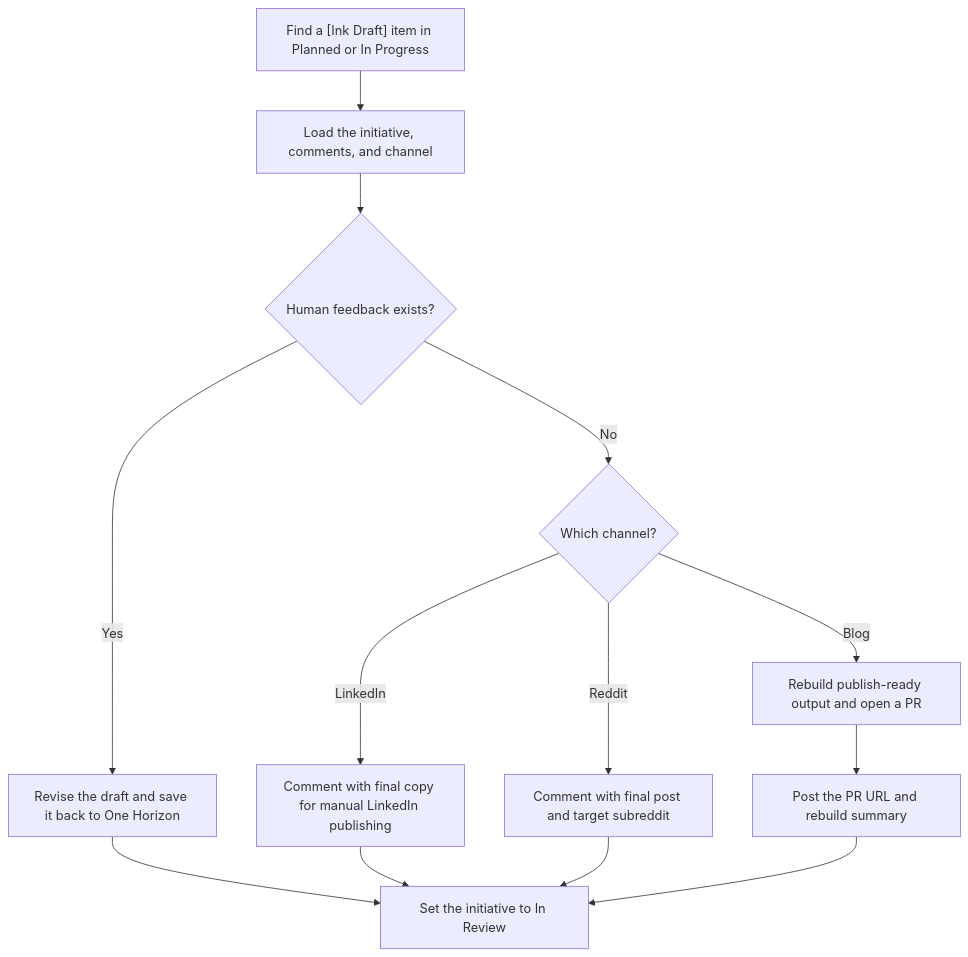
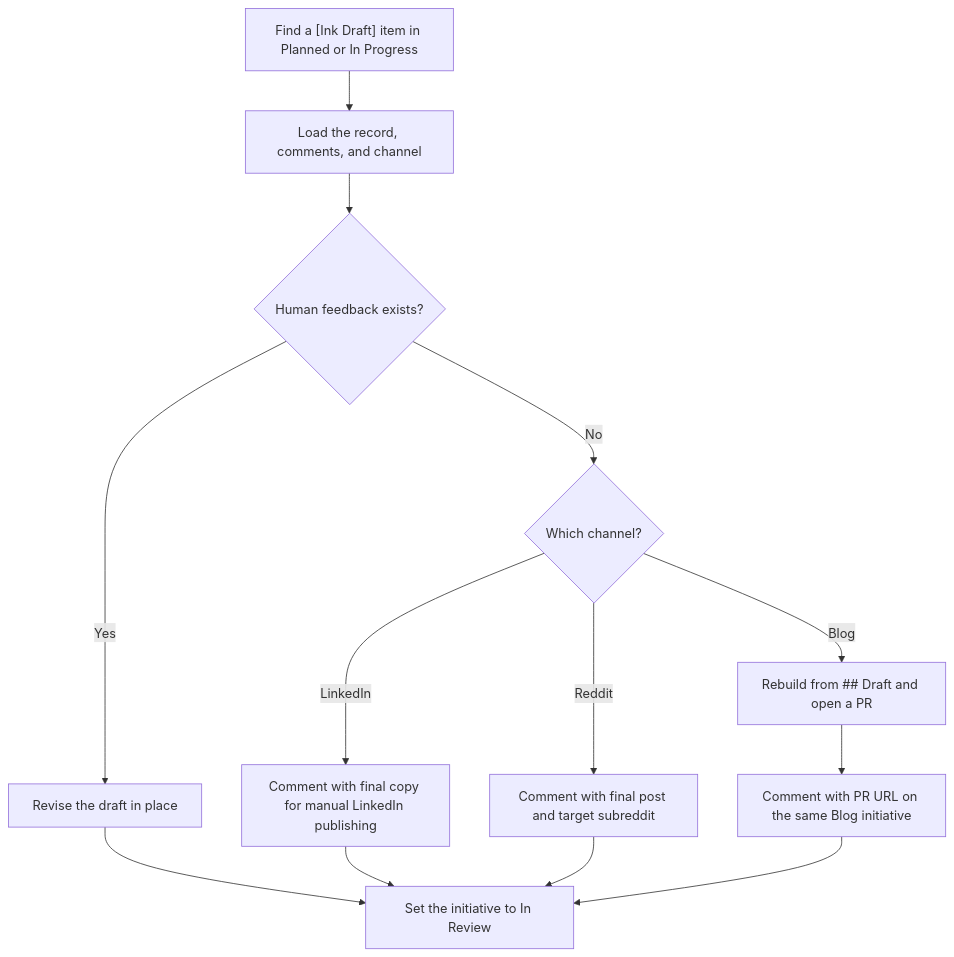
One commit to onehorizonai/ink changed the fourth of 4 diagrams in README.md. Above: the diagram before and after it, drawn with Mermaid. The commit also changed other lines of this file and 12 other files, not shown here.

````diff
--- a/README.md
+++ b/README.md
@@ -432,15 +432,15 @@
 ```mermaid
 flowchart TD
-    A["Find a [Ink Draft] item in Planned or In Progress"] --> B["Load the initiative, comments, and channel"]
+    A["Find a [Ink Draft] item in Planned or In Progress"] --> B["Load the record, comments, and channel"]
     B --> C{"Human feedback exists?"}
-    C -- "Yes" --> D["Revise the draft and save it back to One Horizon"]
+    C -- "Yes" --> D["Revise the draft in place"]
     D --> E["Set the initiative to In Review"]
     C -- "No" --> F{"Which channel?"}
     F -- "LinkedIn" --> G["Comment with final copy for manual LinkedIn publishing"]
     F -- "Reddit" --> H["Comment with final post and target subreddit"]
-    F -- "Blog" --> I["Rebuild publish-ready output and open a PR"]
+    F -- "Blog" --> I["Rebuild from ## Draft and open a PR"]
     G --> E
     H --> E
-    I --> J["Post the PR URL and rebuild summary"]
+    I --> J["Comment with PR URL on the same Blog initiative"]
     J --> E
 ```
````
